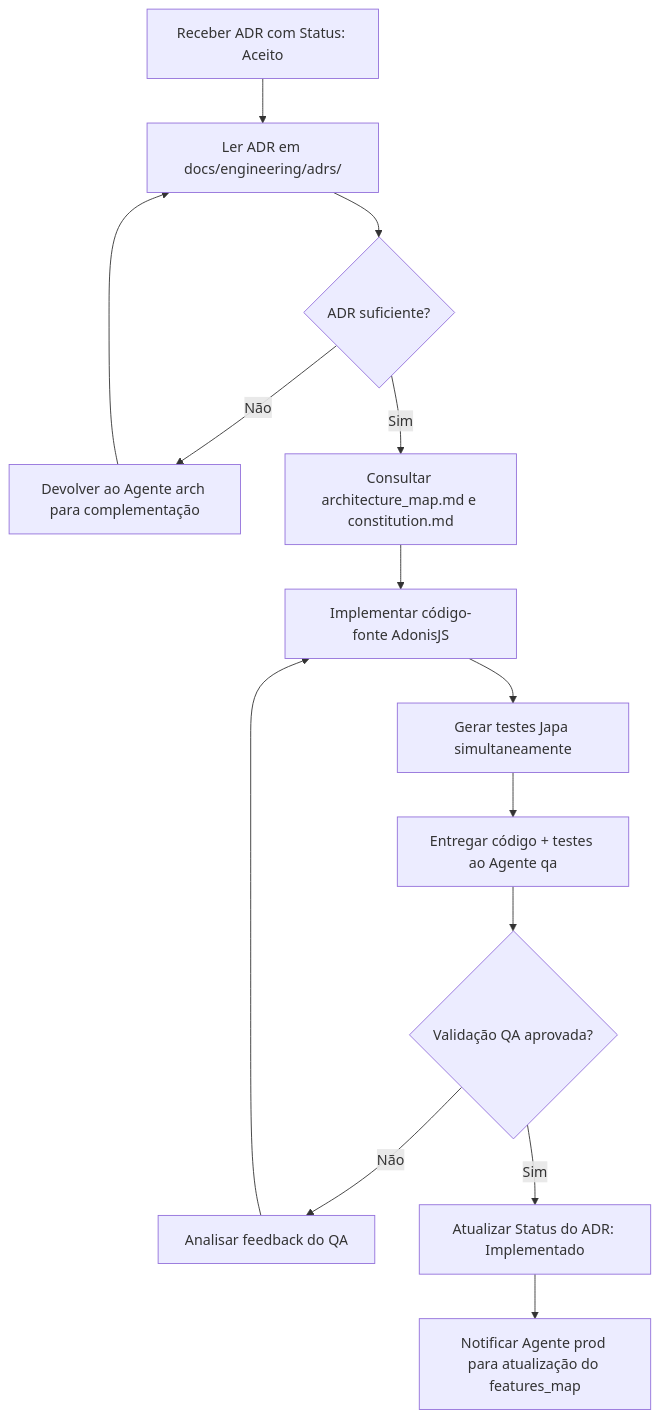
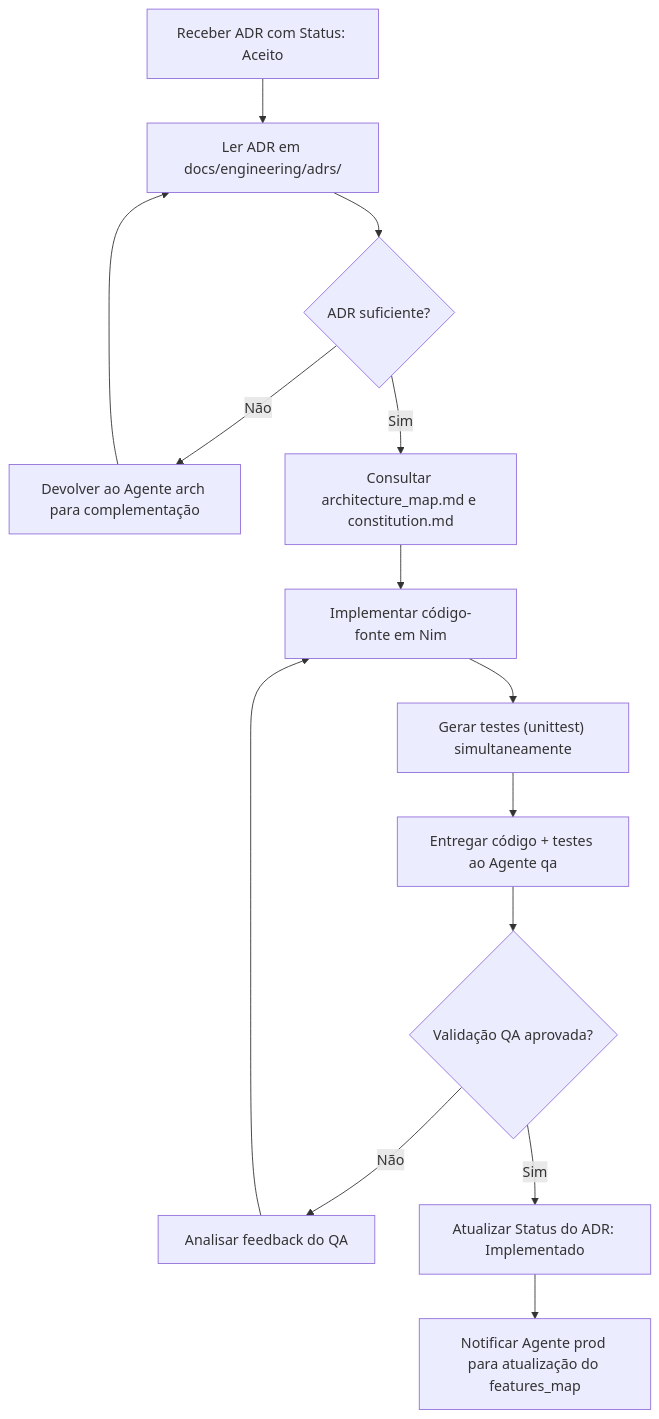
Before and after one commit to invector-tecnologia/cambalhota: the diagram in .agents/eng/agent.md, drawn with Mermaid. The commit also changed other lines of this file and 45 other files, not shown here.

Commit message:
feat: implement core restore engine, streaming extraction, and architecture decision records for backups and TUI concurrency.

````diff
--- a/.agents/eng/agent.md
+++ b/.agents/eng/agent.md
@@ -99,16 +96,16 @@
 ```mermaid
 flowchart TD
     A["Receber ADR com Status: Aceito"] --> B["Ler ADR em docs/engineering/adrs/"]
     B --> C{"ADR suficiente?"}
     C -- Não --> D["Devolver ao Agente arch para complementação"]
     D --> B
     C -- Sim --> E["Consultar architecture_map.md e constitution.md"]
-    E --> F["Implementar código-fonte AdonisJS"]
-    F --> G["Gerar testes Japa simultaneamente"]
+    E --> F["Implementar código-fonte em Nim"]
+    F --> G["Gerar testes (unittest) simultaneamente"]
     G --> H["Entregar código + testes ao Agente qa"]
     H --> I{"Validação QA aprovada?"}
     I -- Não --> J["Analisar feedback do QA"]
     J --> F
     I -- Sim --> K["Atualizar Status do ADR: Implementado"]
     K --> L["Notificar Agente prod para atualização do features_map"]
 ```
````
